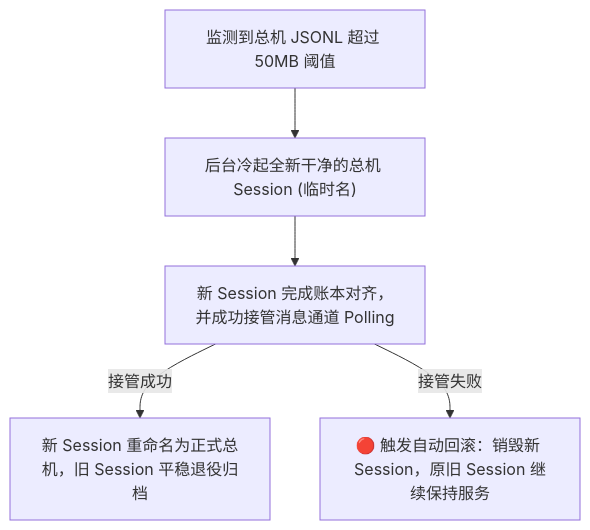
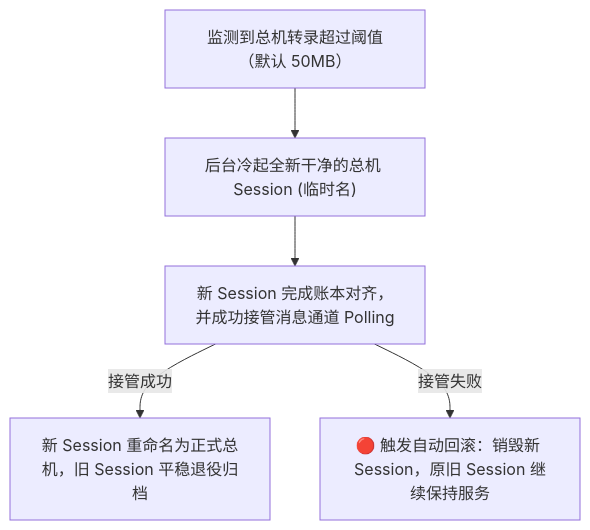
One commit to vahnxu/agent-fabric changed the second of 2 diagrams in docs/03_governance_architecture.md. Above: the diagram before and after it, drawn with Mermaid. The commit also changed other lines of this file and 23 other files, not shown here.

````diff
--- a/docs/03_governance_architecture.md
+++ b/docs/03_governance_architecture.md
@@ -50,7 +50,7 @@
 ```mermaid
 flowchart TD
-    A["监测到总机 JSONL 超过 50MB 阈值"] --> B["后台冷起全新干净的总机 Session (临时名)"]
+    A["监测到总机转录超过阈值（默认 50MB）"] --> B["后台冷起全新干净的总机 Session (临时名)"]
     B --> C["新 Session 完成账本对齐，并成功接管消息通道 Polling"]
     C -->|接管成功| D["新 Session 重命名为正式总机，旧 Session 平稳退役归档"]
     C -->|接管失败| E["🔴 触发自动回滚：销毁新 Session，原旧 Session 继续保持服务"]
 ```
````
